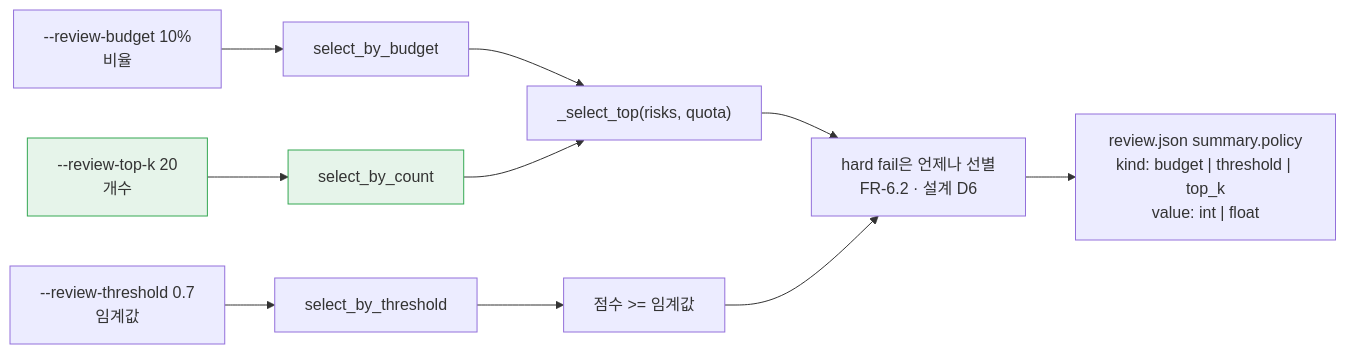
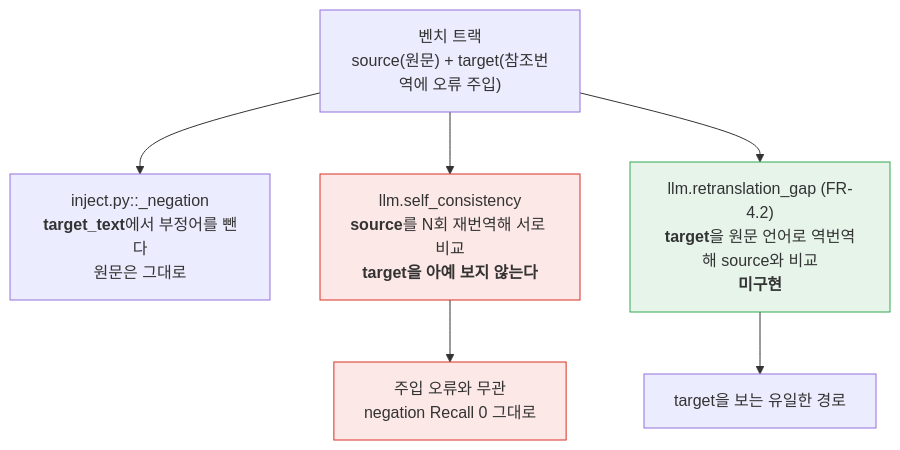
One commit to withwooyong/cuesift changed the diagram in HANDOFF.md. Above: the diagram before and after it, drawn with Mermaid. The commit also changed other lines of this file and 1 other file, not shown here.

````diff
--- a/HANDOFF.md
+++ b/HANDOFF.md
@@ -73,14 +95,12 @@
 ```mermaid
-flowchart LR
-  A["--review-budget 10%<br/>비율"] --> D["select_by_budget"]
-  B["--review-threshold 0.7<br/>임계값"] --> E["select_by_threshold"]
-  C["--review-top-k 20<br/>개수"] --> F["select_by_count"]
-  D --> G["_select_top(risks, quota)"]
-  F --> G
-  E --> H["점수 >= 임계값"]
-  G --> I["hard fail은 언제나 선별<br/>FR-6.2 · 설계 D6"]
-  H --> I
-  I --> J["review.json summary.policy<br/>kind: budget | threshold | top_k<br/>value: int | float"]
-  style C fill:#e6f4ea,stroke:#34a853
-  style F fill:#e6f4ea,stroke:#34a853
+flowchart TB
+  A["벤치 트랙<br/>source(원문) + target(참조번역에 오류 주입)"]
+  A --> B["inject.py::_negation<br/><b>target_text</b>에서 부정어를 뺀다<br/>원문은 그대로"]
+  A --> C["llm.self_consistency<br/><b>source</b>를 N회 재번역해 서로 비교<br/><b>target을 아예 보지 않는다</b>"]
+  A --> D["llm.retranslation_gap (FR-4.2)<br/><b>target</b>을 원문 언어로 역번역해 source와 비교<br/><b>미구현</b>"]
+  C --> E["주입 오류와 무관<br/>negation Recall 0 그대로"]
+  D --> F["target을 보는 유일한 경로"]
+  style C fill:#fce8e6,stroke:#d93025
+  style D fill:#e6f4ea,stroke:#34a853
+  style E fill:#fce8e6,stroke:#d93025
 ```
````
